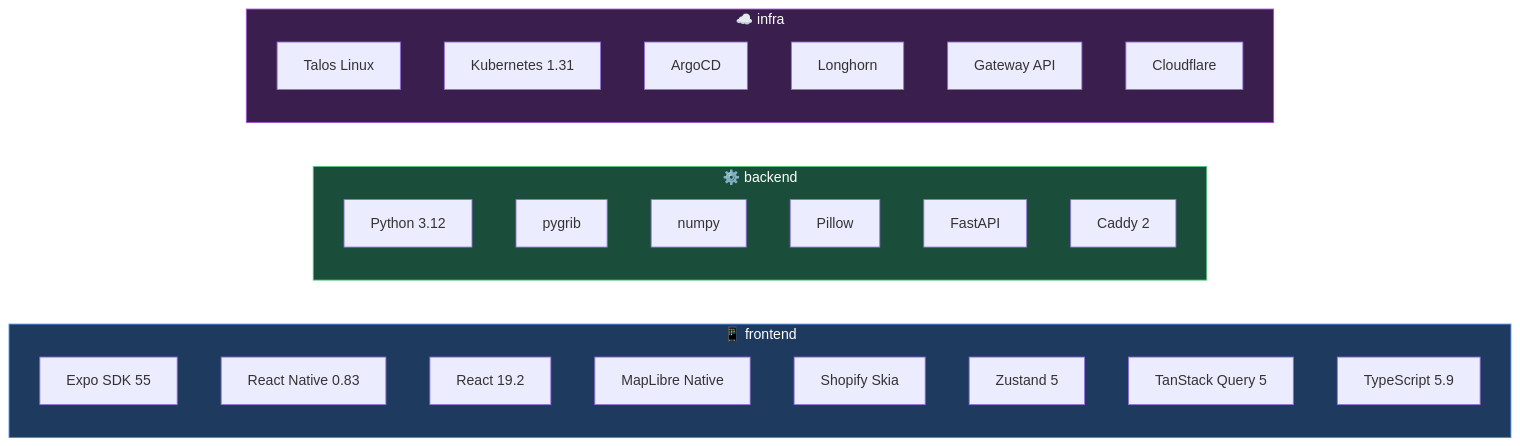
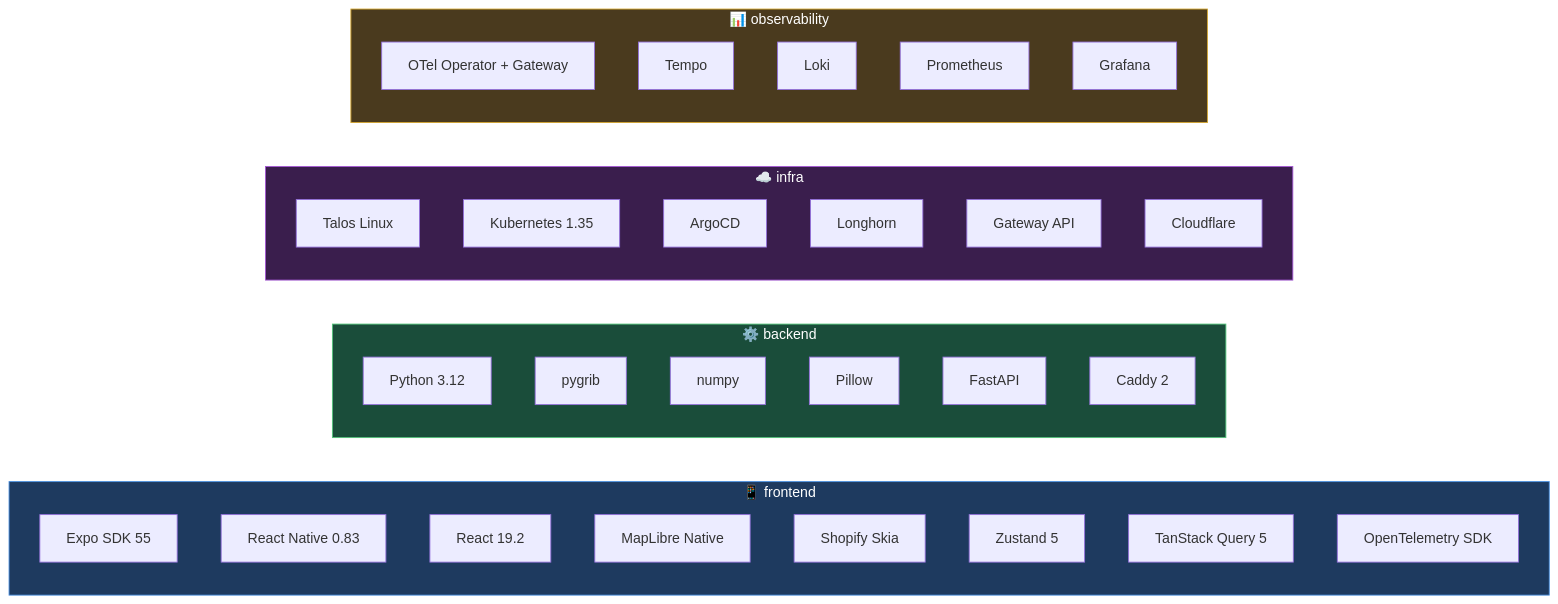
The seventh of 7 diagrams in README.md (mitchross/radar-ng), drawn with Mermaid before and after one commit. The commit also changed other lines of this file, not shown here.

First line of the commit message:
README: full-stack guide — frontend, backend, OTel pipeline, ops

````diff
--- a/README.md
+++ b/README.md
@@ -479,35 +607,41 @@
 ```mermaid
 flowchart LR
     subgraph FE["📱 frontend"]
         EX[Expo SDK 55]
         RN[React Native 0.83]
         R[React 19.2]
         ML[MapLibre Native]
         SK[Shopify Skia]
         Z[Zustand 5]
         TQ[TanStack Query 5]
-        TS1[TypeScript 5.9]
+        OT[OpenTelemetry SDK]
     end
-
     subgraph BE["⚙️ backend"]
         PY[Python 3.12]
         PG[pygrib]
         NP[numpy]
         PIL[Pillow]
         FA[FastAPI]
         CD[Caddy 2]
     end
-
     subgraph INF["☁️ infra"]
         TLOS[Talos Linux]
-        K8S[Kubernetes 1.31]
+        K8S[Kubernetes 1.35]
         AC[ArgoCD]
         LH[Longhorn]
         GW[Gateway API]
         CF[Cloudflare]
     end
+    subgraph OBS["📊 observability"]
+        OTE[OTel Operator + Gateway]
+        TM[Tempo]
+        LK[Loki]
+        PR[Prometheus]
+        GR[Grafana]
+    end
 
     style FE fill:#1e3a5f,stroke:#4a90e2,color:#fff
     style BE fill:#1a4d3a,stroke:#52c47a,color:#fff
     style INF fill:#3a1e4d,stroke:#a456d4,color:#fff
+    style OBS fill:#4a3a1e,stroke:#d4a52e,color:#fff
 ```
````
